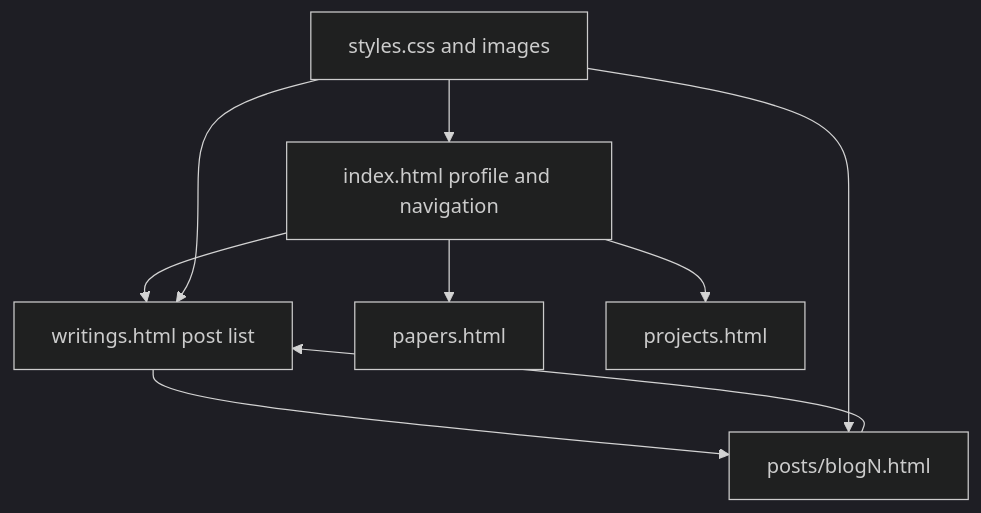
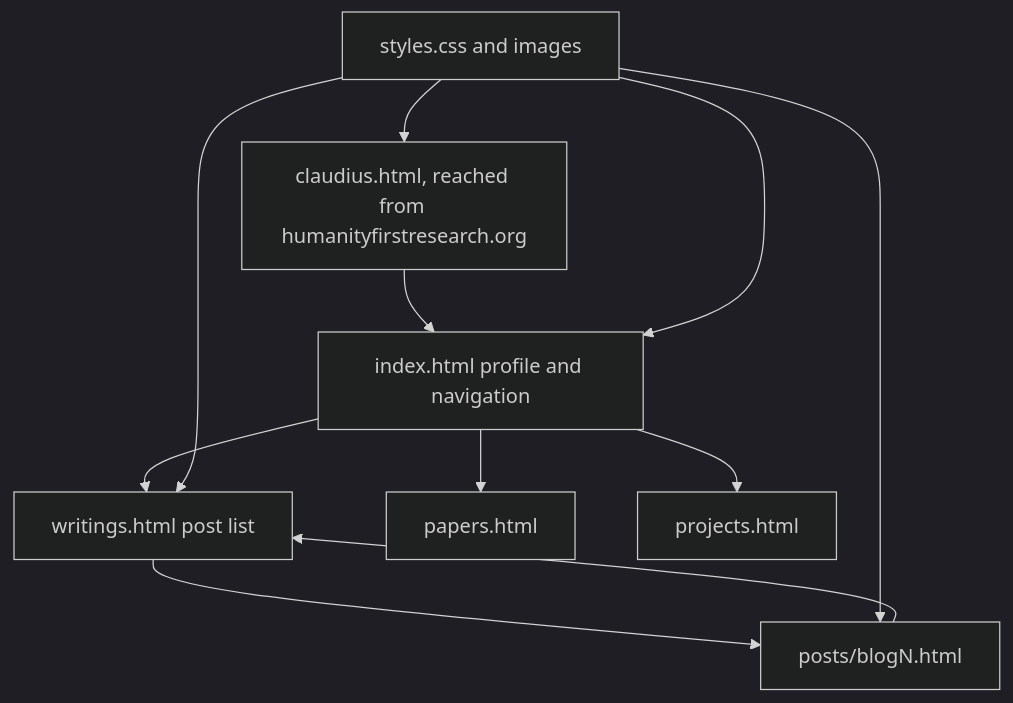
The diagram in Human.md (EphraiemSarabamoun/EphraiemSarabamoun.github.io), drawn with Mermaid (dark theme) before and after one commit. The commit also changed other lines of this file and 3 other files, not shown here.

````diff
--- a/Human.md
+++ b/Human.md
@@ -5,11 +5,13 @@
 ```mermaid
 flowchart TD
  A[index.html profile and navigation] --> B[writings.html post list]
  A --> C[papers.html]
  A --> D[projects.html]
+ G[claudius.html, reached from humanityfirstresearch.org] --> A
  B --> E[posts/blogN.html]
  E --> B
  F[styles.css and images] --> A
  F --> B
  F --> E
+ F --> G
 ```
````
